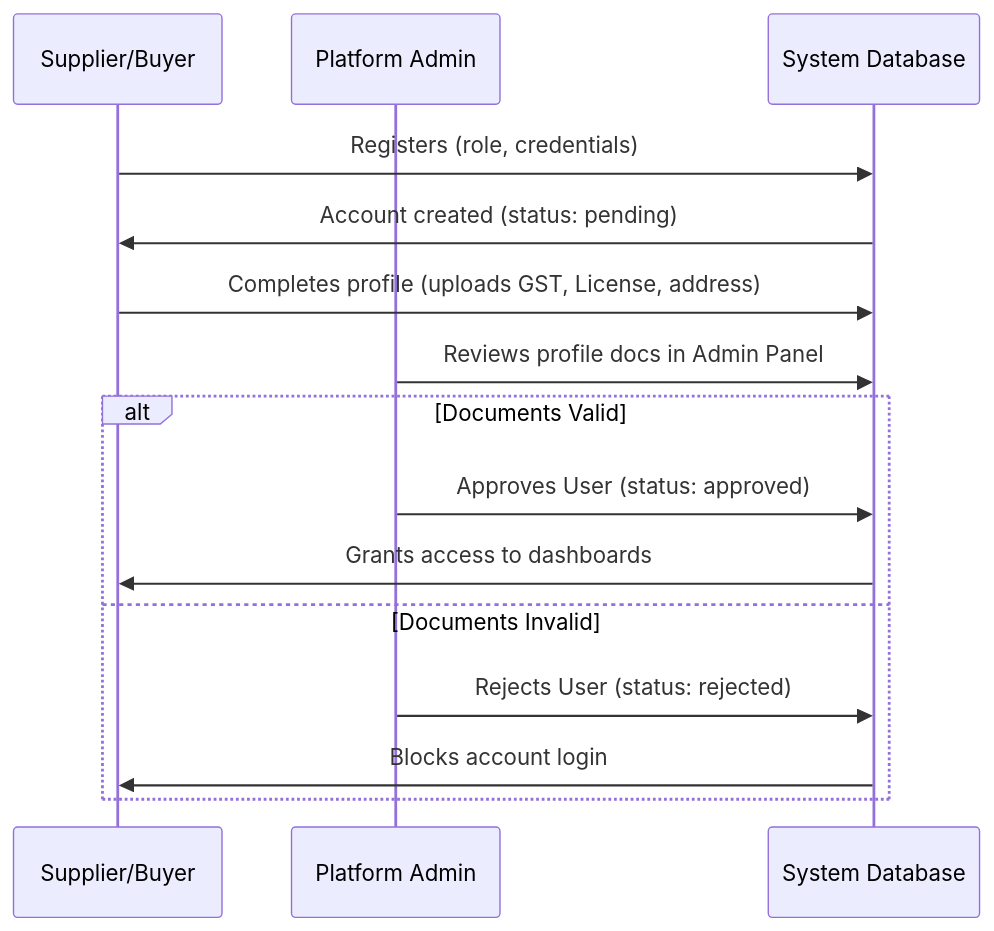
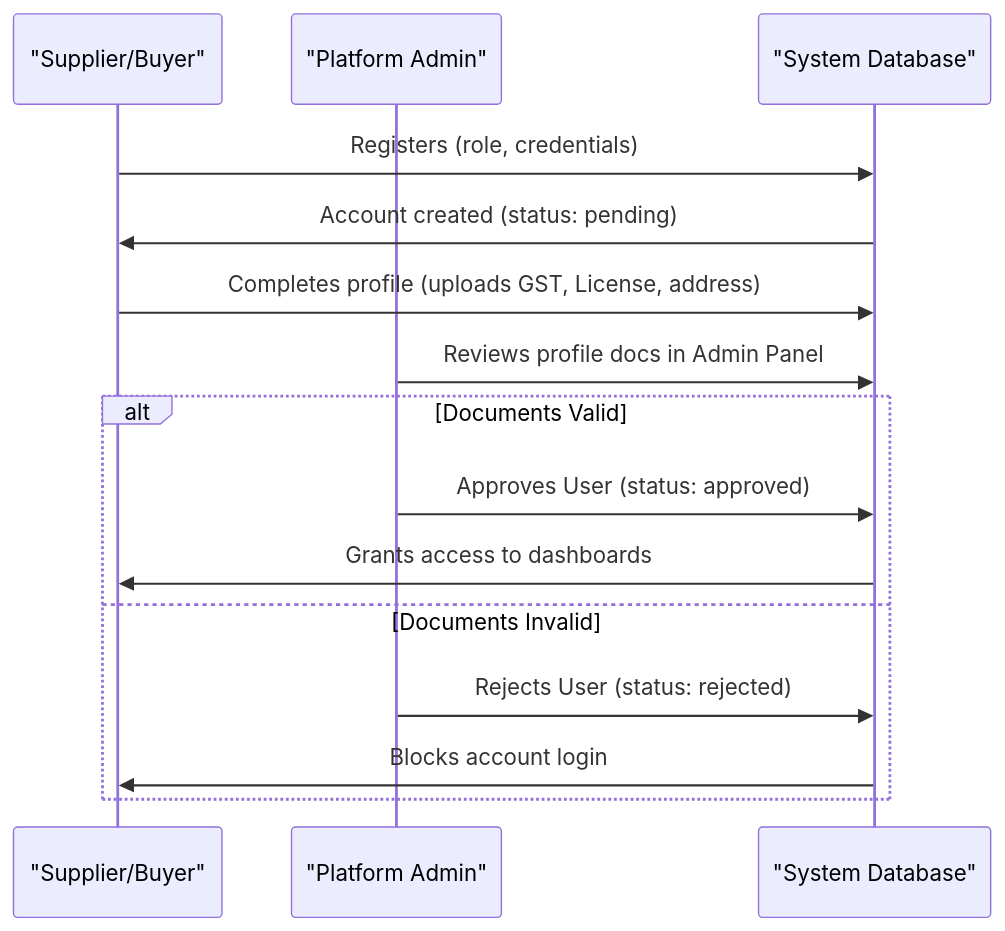
The first of 2 diagrams in docs/user-workflows.md (4ehealthcarealmanet-max/Vendor), drawn with Mermaid before and after one commit. The commit also changed 2 other files, not shown here.

Commit message:
Documentations

````diff
--- a/docs/user-workflows.md
+++ b/docs/user-workflows.md
@@ -10,18 +10,18 @@
 ```mermaid
 sequenceDiagram
-    participant User as Supplier/Buyer
-    participant Admin as Platform Admin
-    participant DB as System Database
+    participant User as "Supplier/Buyer"
+    participant Admin as "Platform Admin"
+    participant DB as "System Database"
 
     User->>DB: Registers (role, credentials)
     DB->>User: Account created (status: pending)
     User->>DB: Completes profile (uploads GST, License, address)
     Admin->>DB: Reviews profile docs in Admin Panel
     alt Documents Valid
         Admin->>DB: Approves User (status: approved)
         DB->>User: Grants access to dashboards
     else Documents Invalid
         Admin->>DB: Rejects User (status: rejected)
         DB->>User: Blocks account login
     end
 ```
````
